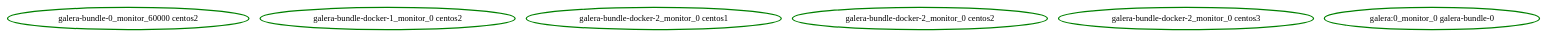
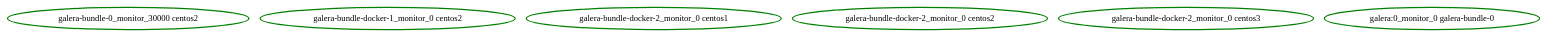
One commit to ClusterLabs/pacemaker changed the diagram in pengine/test10/bundle-probe-order-2.dot. Above: the diagram before and after it, drawn with Graphviz. The commit also changed 38 other files, not shown here.

```diff
--- a/pengine/test10/bundle-probe-order-2.dot
+++ b/pengine/test10/bundle-probe-order-2.dot
@@ -1,8 +1,8 @@
 digraph "g" {
-"galera-bundle-0_monitor_60000 centos2" [ style=bold color="green" fontcolor="black"]
+"galera-bundle-0_monitor_30000 centos2" [ style=bold color="green" fontcolor="black"]
 "galera-bundle-docker-1_monitor_0 centos2" [ style=bold color="green" fontcolor="black"]
 "galera-bundle-docker-2_monitor_0 centos1" [ style=bold color="green" fontcolor="black"]
 "galera-bundle-docker-2_monitor_0 centos2" [ style=bold color="green" fontcolor="black"]
 "galera-bundle-docker-2_monitor_0 centos3" [ style=bold color="green" fontcolor="black"]
 "galera:0_monitor_0 galera-bundle-0" [ style=bold color="green" fontcolor="black"]
 }
```
